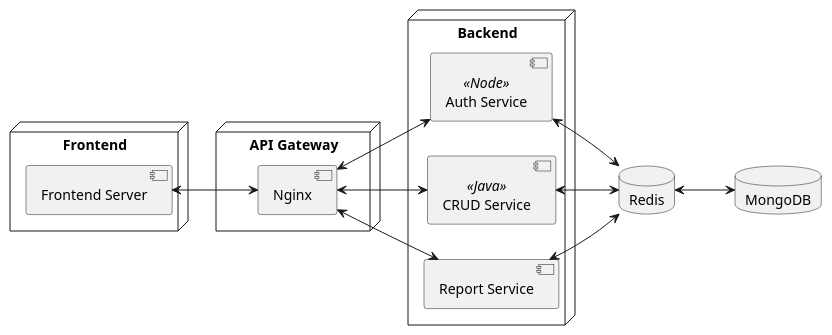
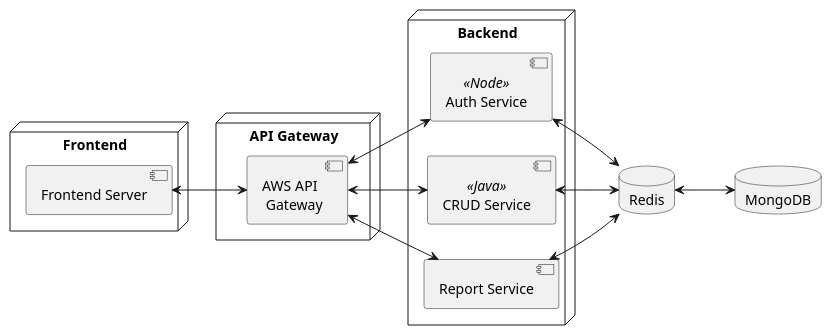
The diagram in diagrams/Components.pu (jpramos123/FCFP-Open-Source), drawn with PlantUML before and after one commit.

Commit message:
Changed Nginx component to AWS API Gateway

```diff
--- a/diagrams/Components.pu
+++ b/diagrams/Components.pu
@@ -1,35 +1,35 @@
 @startuml Components Diagram
 
 left to right direction
 skinparam monochrome true
 
 database MongoDB
 
 node Backend {
   [Auth Service] as auth <<Node>>
   [CRUD Service] as crud <<Java>>
   [Report Service] as report
 }
 
 node Frontend {
   [Frontend Server] as front
 }
 
-node "API Gateway" as gateway {
-  [Nginx]
+node "API Gateway" {
+  [AWS API\n Gateway] as gateway
 }
 
 database Redis
 
-front <--> Nginx
-Nginx <--> crud
-Nginx <--> report
-Nginx <--> auth
+front <--> gateway
+gateway <--> crud
+gateway <--> report
+gateway <--> auth
 
 crud <--> Redis
 auth <--> Redis
 report <--> Redis
 
 Redis <--> MongoDB
 
 @enduml
```
